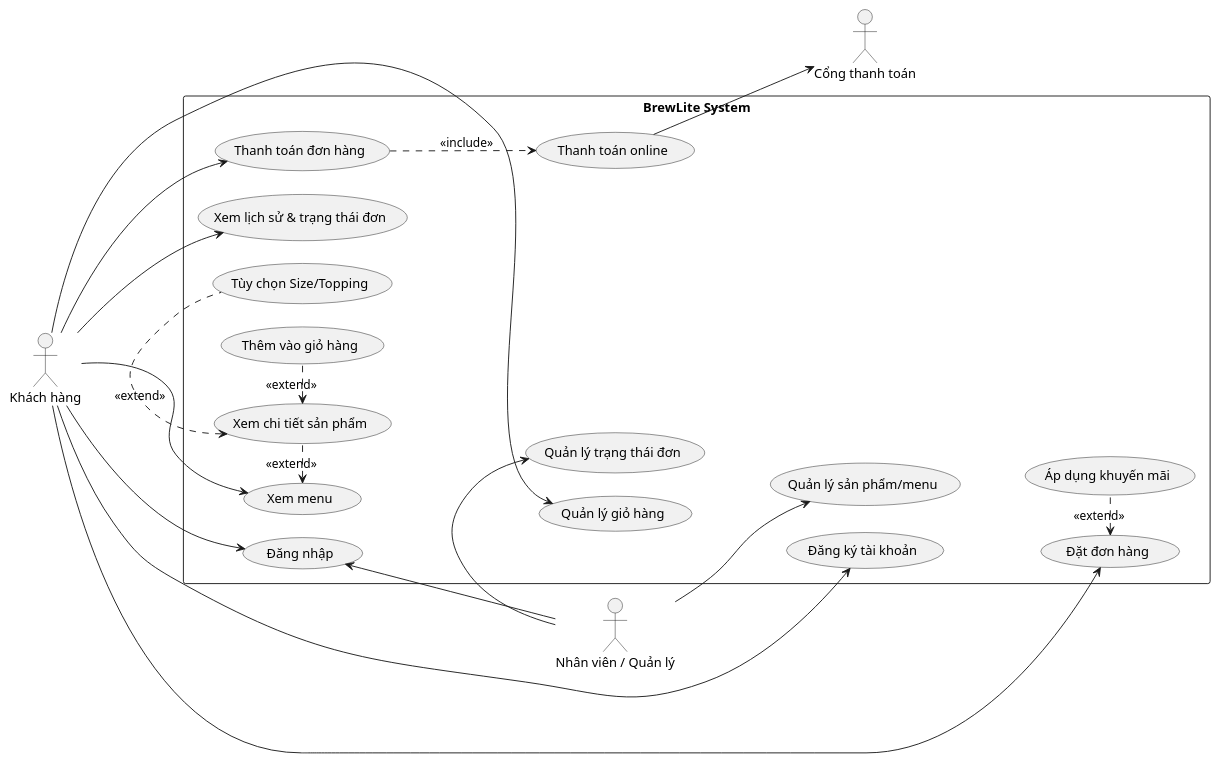
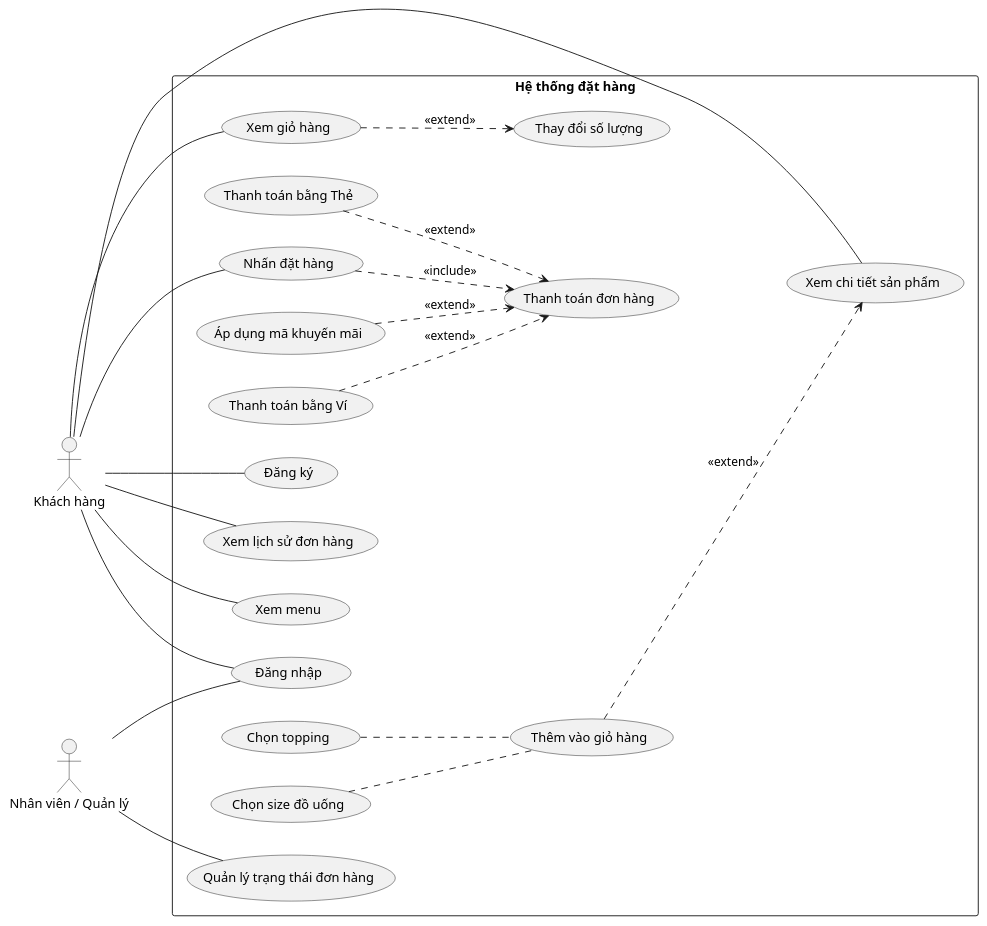
The diagram in docs/requirements/use-case-overview.puml (StarH6/brewlite_as2), drawn with PlantUML before and after one commit. The commit also changed 1 other file, not shown here.

Commit message:
docs(task1): Hoàn thiện Use case tổng quát cho dự án.

```diff
--- a/docs/requirements/use-case-overview.puml
+++ b/docs/requirements/use-case-overview.puml
@@ -1,60 +1,55 @@
 @startuml
-' Canonical IDs khớp srs.md: UC-01..UC-12
-' Các node phụ hậu tố "a" (UC-04a, UC-08a) là sub-step, không tách khỏi FR gốc.
+' Converted from the supplied draw.io use-case diagram
 left to right direction
+skinparam shadowing false
 skinparam packageStyle rectangle
-skinparam ranksep 70
-skinparam nodesep 25
+skinparam defaultFontName Arial
 
 actor "Khách hàng" as Customer
 actor "Nhân viên / Quản lý" as Staff
-actor "Cổng thanh toán" as PaymentGateway
 
-rectangle "BrewLite System" {
-' --- Menu ---
-usecase "Xem menu" as UC_01
-usecase "Xem chi tiết sản phẩm" as UC_02
-usecase "Tùy chọn Size/Topping" as UC_03
-usecase "Thêm vào giỏ hàng" as UC_04a
+rectangle "Hệ thống đặt hàng" {
+  usecase "Nhấn đặt hàng" as PlaceOrder
+  usecase "Thanh toán đơn hàng" as Checkout
+  usecase "Áp dụng mã khuyến mãi" as Promo
+  usecase "Thanh toán bằng Ví" as Wallet
+  usecase "Thanh toán bằng Thẻ" as Card
 
-' --- Giỏ hàng & Tài khoản ---
-usecase "Quản lý giỏ hàng" as UC_04
-usecase "Đăng ký tài khoản" as UC_05
-usecase "Đăng nhập" as UC_06
-
-' --- Đặt hàng & Thanh toán ---
-usecase "Đặt đơn hàng" as UC_07
-usecase "Thanh toán đơn hàng" as UC_08
-usecase "Áp dụng khuyến mãi" as UC_09
-usecase "Thanh toán online" as UC_08a
-
-' --- Lịch sử & Quản lý ---
-usecase "Xem lịch sử & trạng thái đơn" as UC_10
-usecase "Quản lý trạng thái đơn" as UC_11
-usecase "Quản lý sản phẩm/menu" as UC_12
+  usecase "Xem lịch sử đơn hàng" as History
+  usecase "Xem menu" as Menu
+  usecase "Xem chi tiết sản phẩm" as ProductDetails
+  usecase "Đăng nhập" as Login
+  usecase "Đăng ký" as Register
+  usecase "Xem giỏ hàng" as Cart
+  usecase "Thay đổi số lượng" as Quantity
+  usecase "Thêm vào giỏ hàng" as AddToCart
+  usecase "Chọn topping" as Topping
+  usecase "Chọn size đồ uống" as Size
+  usecase "Quản lý trạng thái đơn hàng" as ManageOrder
 }
 
-UC_01 -[hidden]down- UC_04
-UC_04 -[hidden]down- UC_05
-UC_05 -[hidden]down- UC_07
-UC_10 -[hidden]down- UC_11
-UC_11 -[hidden]down- UC_12
+Customer -- PlaceOrder
+Customer -- History
+Customer -- Menu
+Customer -- ProductDetails
+Customer -- Login
+Customer -- Register
+Customer -- Cart
 
-Customer --> UC_01
-Customer --> UC_04
-Customer --> UC_05
-Customer --> UC_06
-Customer --> UC_07
-Customer --> UC_10
-Customer --> UC_08
-UC_02 .left.> UC_01 : <<extend>>
-UC_03 .left.> UC_02 : <<extend>>
-UC_04a .left.> UC_02 : <<extend>>
-UC_09 .left.> UC_07 : <<extend>>
-UC_08 ..> UC_08a : <<include>>
-UC_08a --> PaymentGateway
+Staff -- Login
+Staff -- ManageOrder
 
-Staff --> UC_06
-Staff -left-> UC_11
-Staff -left-> UC_12
+PlaceOrder ..> Checkout : <<include>>
+Promo ..> Checkout : <<extend>>
+Wallet ..> Checkout : <<extend>>
+Card ..> Checkout : <<extend>>
+
+Cart ..> Quantity : <<extend>>
+AddToCart ..> ProductDetails : <<extend>>
+Topping .. AddToCart
+Size .. AddToCart
+
+' Source note: the AddToCart -> ProductDetails edge has BOTH
+' <<extend>> and <<include>> labels in draw.io; <<extend>> is retained here.
+' Source note: Topping / Size dashed edges have no reliable stereotype.
 @enduml
```
